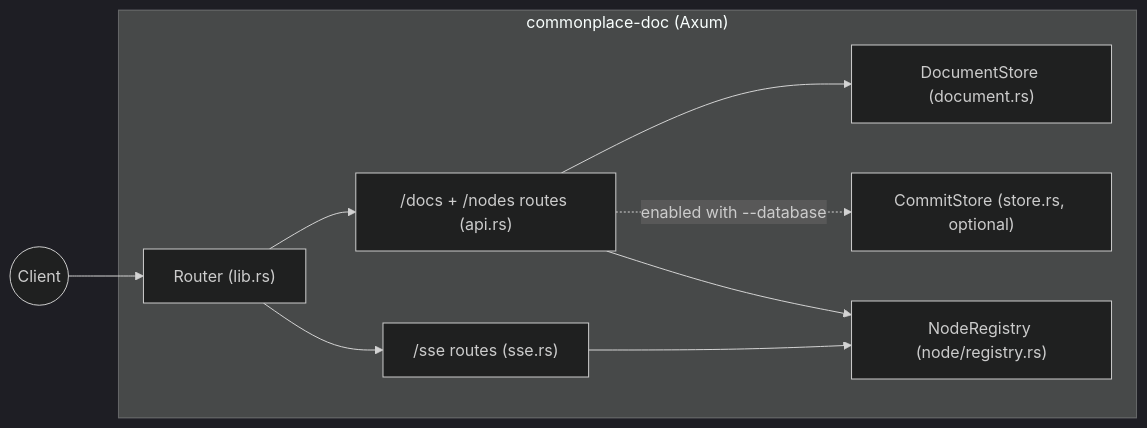
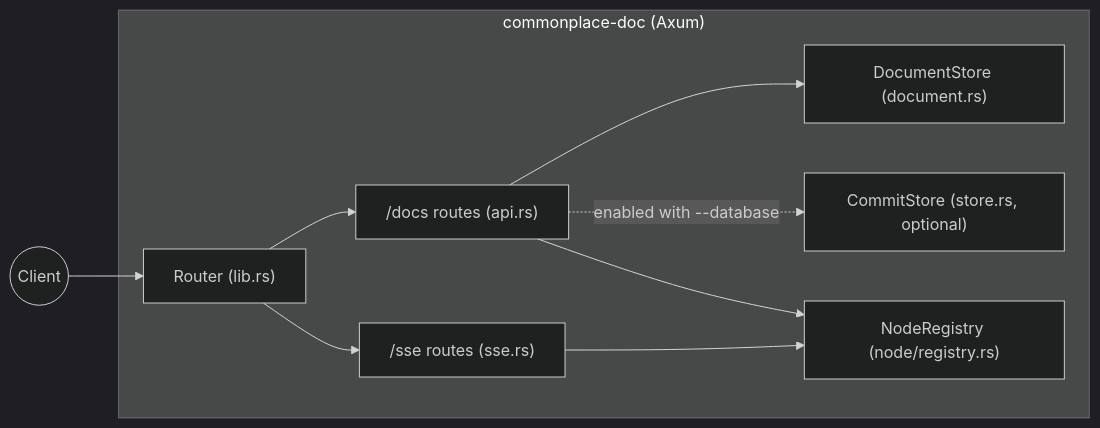
Before and after one commit to jes5199/commonplace-doc: the first of 5 diagrams in docs/ARCHITECTURE.md, drawn with Mermaid (dark theme). The commit also changed other lines of this file and 5 other files, not shown here.

First line of the commit message:
CP-pta: Rename /nodes API to /docs throughout codebase

````diff
--- a/docs/ARCHITECTURE.md
+++ b/docs/ARCHITECTURE.md
@@ -54,25 +53,25 @@
 ```mermaid
 flowchart LR
   Client((Client))
 
   subgraph App["commonplace-doc (Axum)"]
     Router["Router (lib.rs)"]
 
-    API["/docs + /nodes routes (api.rs)"]
+    API["/docs routes (api.rs)"]
     SSE["/sse routes (sse.rs)"]
 
     DocStore["DocumentStore (document.rs)"]
     CommitStore["CommitStore (store.rs, optional)"]
     NodeRegistry["NodeRegistry (node/registry.rs)"]
   end
 
   Client --> Router
   Router --> API
   Router --> SSE
 
   API --> DocStore
   API -. enabled with --database .-> CommitStore
   API --> NodeRegistry
 
   SSE --> NodeRegistry
 ```
````
